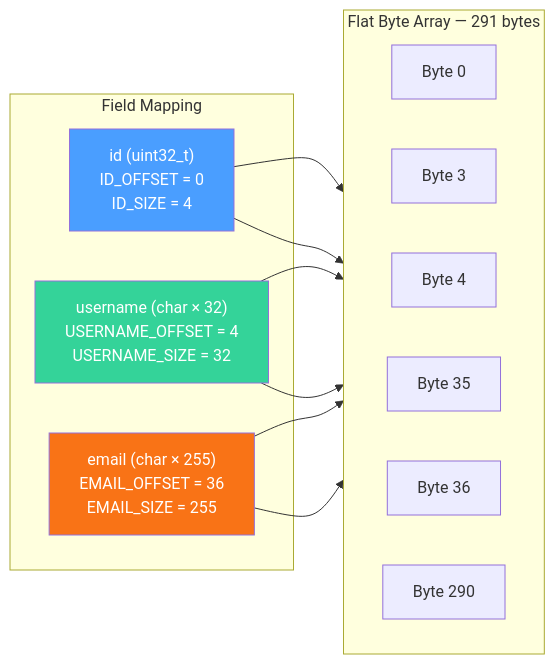
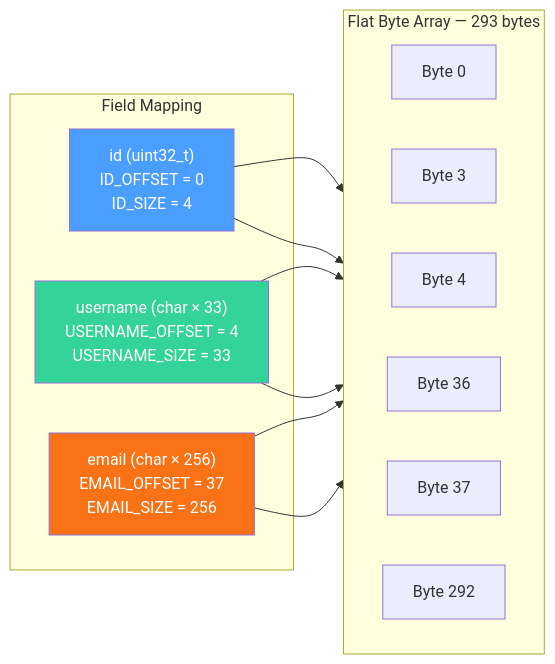
Before and after one commit to SuhelMehta9/custom-database: the second of 6 diagrams in blog/part3-storing-data.md, drawn with Mermaid. The commit also changed other lines of this file and 3 other files, not shown here.

````diff
--- a/blog/part3-storing-data.md
+++ b/blog/part3-storing-data.md
@@ -328,29 +328,29 @@
 ```mermaid
 graph LR
-    subgraph ByteStrip["Flat Byte Array — 291 bytes"]
+    subgraph ByteStrip["Flat Byte Array — 293 bytes"]
         direction LR
         B0["Byte 0"]
         B3["Byte 3"]
         B4["Byte 4"]
-        B35["Byte 35"]
         B36["Byte 36"]
-        B290["Byte 290"]
+        B37["Byte 37"]
+        B292["Byte 292"]
     end
 
     subgraph Fields["Field Mapping"]
         ID["id (uint32_t)<br/>ID_OFFSET = 0<br/>ID_SIZE = 4"]
-        UN["username (char × 32)<br/>USERNAME_OFFSET = 4<br/>USERNAME_SIZE = 32"]
-        EM["email (char × 255)<br/>EMAIL_OFFSET = 36<br/>EMAIL_SIZE = 255"]
+        UN["username (char × 33)<br/>USERNAME_OFFSET = 4<br/>USERNAME_SIZE = 33"]
+        EM["email (char × 256)<br/>EMAIL_OFFSET = 37<br/>EMAIL_SIZE = 256"]
     end
 
     ID --> B0
     ID --> B3
     UN --> B4
-    UN --> B35
-    EM --> B36
-    EM --> B290
+    UN --> B36
+    EM --> B37
+    EM --> B292
 
     style ID fill:#4a9eff,color:#fff
     style UN fill:#34d399,color:#fff
     style EM fill:#f97316,color:#fff
 ```
````
